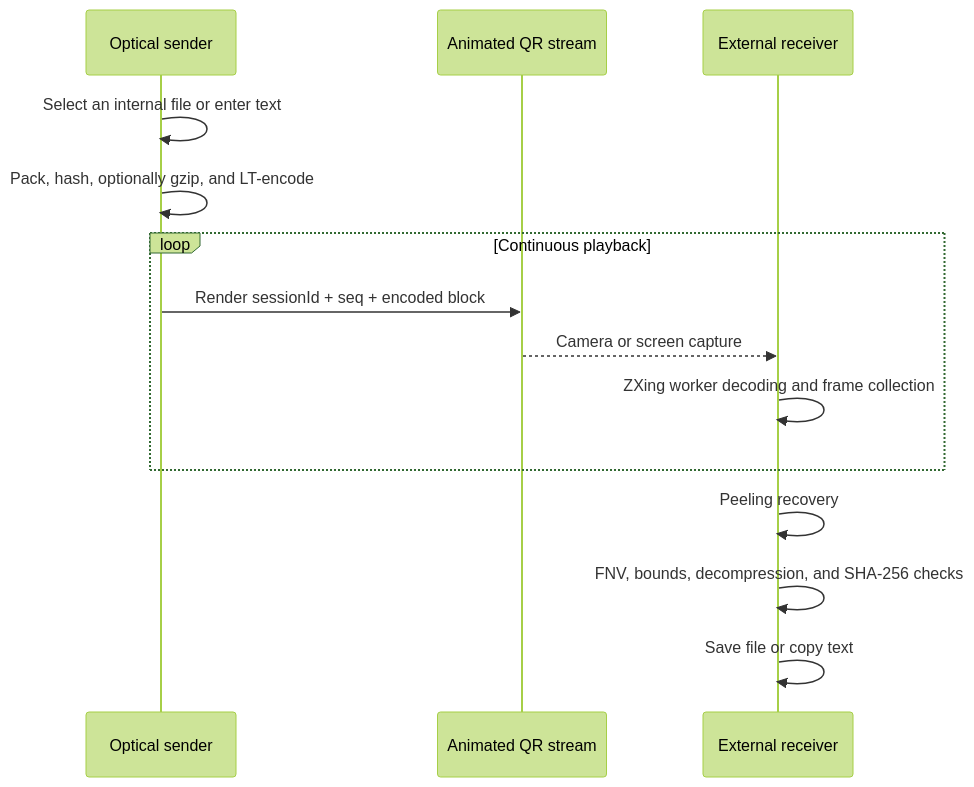
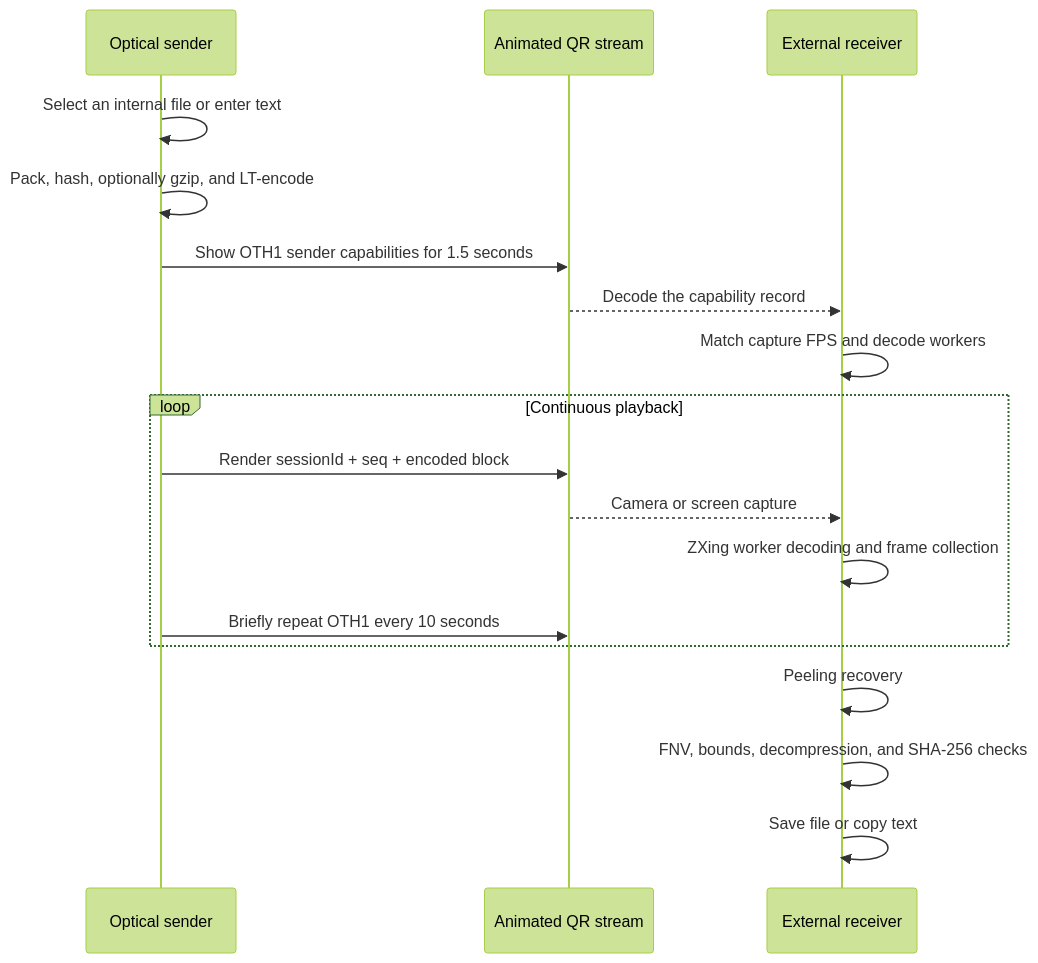
One commit to CrazyForks/one-transfer changed the third of 3 diagrams in README.md. Above: the diagram before and after it, drawn with Mermaid (forest theme). The commit also changed other lines of this file and 12 other files, not shown here.

````diff
--- a/README.md
+++ b/README.md
@@ -529,17 +551,21 @@
 ```mermaid
 sequenceDiagram
   participant W as Optical sender
   participant Q as Animated QR stream
   participant R as External receiver
 
   W->>W: Select an internal file or enter text
   W->>W: Pack, hash, optionally gzip, and LT-encode
+  W->>Q: Show OTH1 sender capabilities for 1.5 seconds
+  Q-->>R: Decode the capability record
+  R->>R: Match capture FPS and decode workers
   loop Continuous playback
     W->>Q: Render sessionId + seq + encoded block
     Q-->>R: Camera or screen capture
     R->>R: ZXing worker decoding and frame collection
+    W->>Q: Briefly repeat OTH1 every 10 seconds
   end
   R->>R: Peeling recovery
   R->>R: FNV, bounds, decompression, and SHA-256 checks
   R->>R: Save file or copy text
 ```
````
